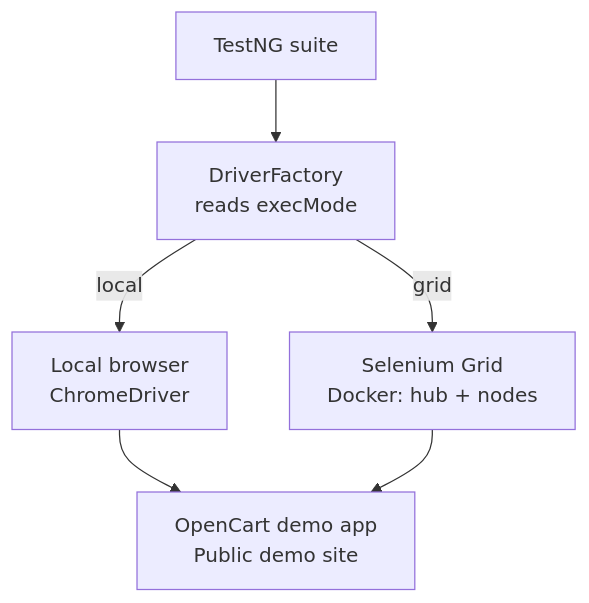
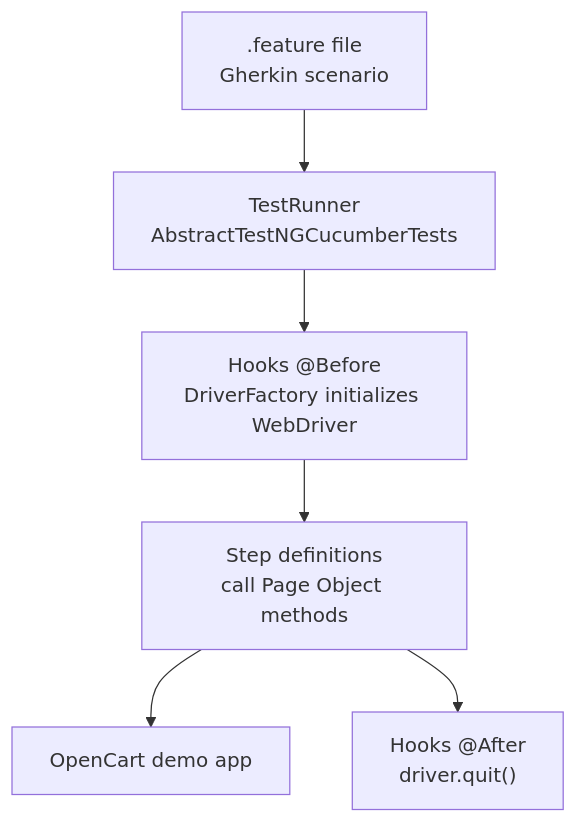
One commit to Manish12588/Cucumber_BDD_FW changed the first of 2 diagrams in README.md. Above: the diagram before and after it, drawn with Mermaid. The commit also changed other lines of this file and 2 other files, not shown here.

````diff
--- a/README.md
+++ b/README.md
@@ -58,8 +52,8 @@
 ```mermaid
 flowchart TD
-    A[TestNG suite] --> B["DriverFactory<br/>reads execMode"]
-    B -->|local| C["Local browser<br/>ChromeDriver"]
-    B -->|grid| D["Selenium Grid<br/>Docker: hub + nodes"]
-    C --> E["OpenCart demo app<br/>Public demo site"]
-    D --> E
+    A[".feature file<br/>Gherkin scenario"] --> B["TestRunner<br/>AbstractTestNGCucumberTests"]
+    B --> C["Hooks @Before<br/>DriverFactory initializes WebDriver"]
+    C --> D["Step definitions<br/>call Page Object methods"]
+    D --> E["OpenCart demo app"]
+    D --> F["Hooks @After<br/>driver.quit()"]
 ```
````
